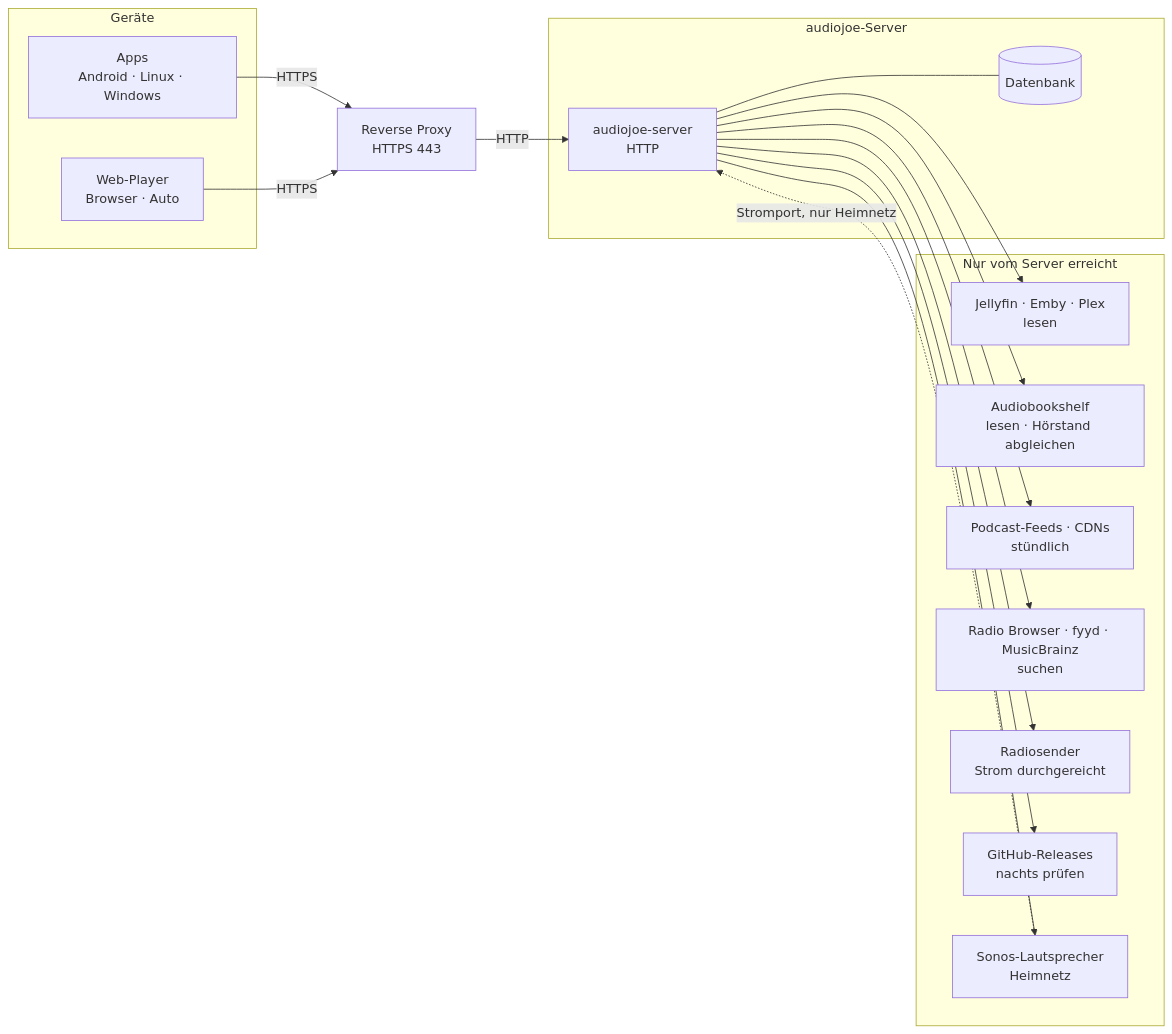
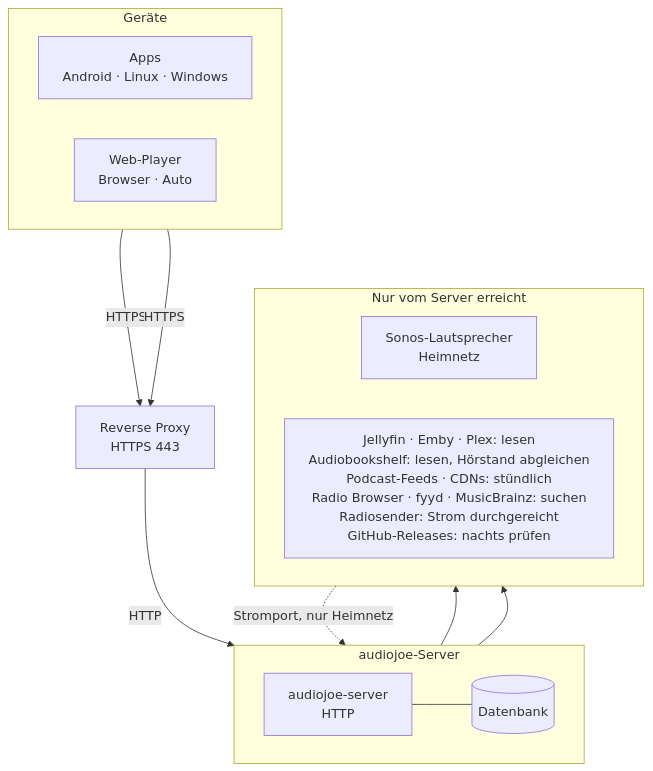
The first of 2 diagrams in docs/ARCHITEKTUR.md (joeMJ/audiojoe), drawn with Mermaid before and after one commit. The commit also changed 1 other file, not shown here.

Commit message:
Doku: Netzschema lesbar (Internet-Ziele in einem Kasten, Sonos daneben), Windows-Mindestgröße VM-Bericht

````diff
--- a/docs/ARCHITEKTUR.md
+++ b/docs/ARCHITEKTUR.md
@@ -12,28 +12,27 @@
 ```mermaid
-flowchart LR
+%%{init: {"flowchart": {"wrappingWidth": 400}}}%%
+flowchart TB
   subgraph devices["Geräte"]
+    direction LR
     app["Apps<br/>Android · Linux · Windows"]
     web["Web-Player<br/>Browser · Auto"]
   end
   proxy["Reverse Proxy<br/>HTTPS 443"]
   subgraph server["audiojoe-Server"]
+    direction LR
     api["audiojoe-server<br/>HTTP"]
     db[("Datenbank")]
   end
   subgraph outside["Nur vom Server erreicht"]
-    media["Jellyfin · Emby · Plex<br/>lesen"]
-    abs["Audiobookshelf<br/>lesen · Hörstand abgleichen"]
-    feeds["Podcast-Feeds · CDNs<br/>stündlich"]
-    dirs["Radio Browser · fyyd · MusicBrainz<br/>suchen"]
-    stations["Radiosender<br/>Strom durchgereicht"]
-    gh["GitHub-Releases<br/>nachts prüfen"]
+    direction LR
     sonos["Sonos-Lautsprecher<br/>Heimnetz"]
+    net["Jellyfin · Emby · Plex: lesen<br/>Audiobookshelf: lesen, Hörstand abgleichen<br/>Podcast-Feeds · CDNs: stündlich<br/>Radio Browser · fyyd · MusicBrainz: suchen<br/>Radiosender: Strom durchgereicht<br/>GitHub-Releases: nachts prüfen"]
   end
 
   app -->|HTTPS| proxy
   web -->|HTTPS| proxy
   proxy -->|HTTP| api
   api --- db
-  api --> media & abs & feeds & dirs & stations & gh & sonos
+  api --> net & sonos
   sonos -.->|"Stromport, nur Heimnetz"| api
 ```
````
